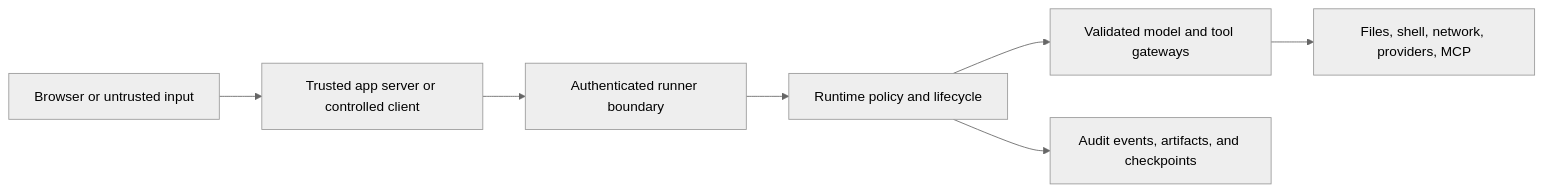
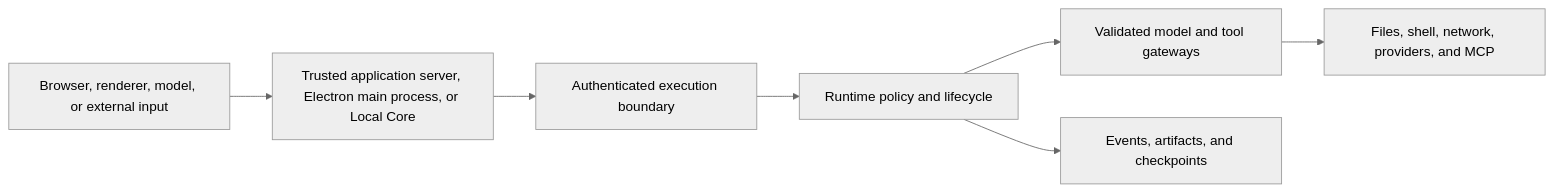
Before and after one commit to LumiCorp/kestrel: the diagram in SECURITY.md, drawn with Mermaid (neutral theme). The commit also changed other lines of this file and 85 other files, not shown here.

````diff
--- a/SECURITY.md
+++ b/SECURITY.md
@@ -37,9 +32,9 @@
 ```mermaid
 flowchart LR
-    B["Browser or untrusted input"] --> A["Trusted app server or controlled client"]
-    A --> R["Authenticated runner boundary"]
+    B["Browser, renderer, model, or external input"] --> A["Trusted application server, Electron main process, or Local Core"]
+    A --> R["Authenticated execution boundary"]
     R --> K["Runtime policy and lifecycle"]
     K --> G["Validated model and tool gateways"]
-    G --> F["Files, shell, network, providers, MCP"]
-    K --> E["Audit events, artifacts, and checkpoints"]
+    G --> F["Files, shell, network, providers, and MCP"]
+    K --> E["Events, artifacts, and checkpoints"]
 ```
````
